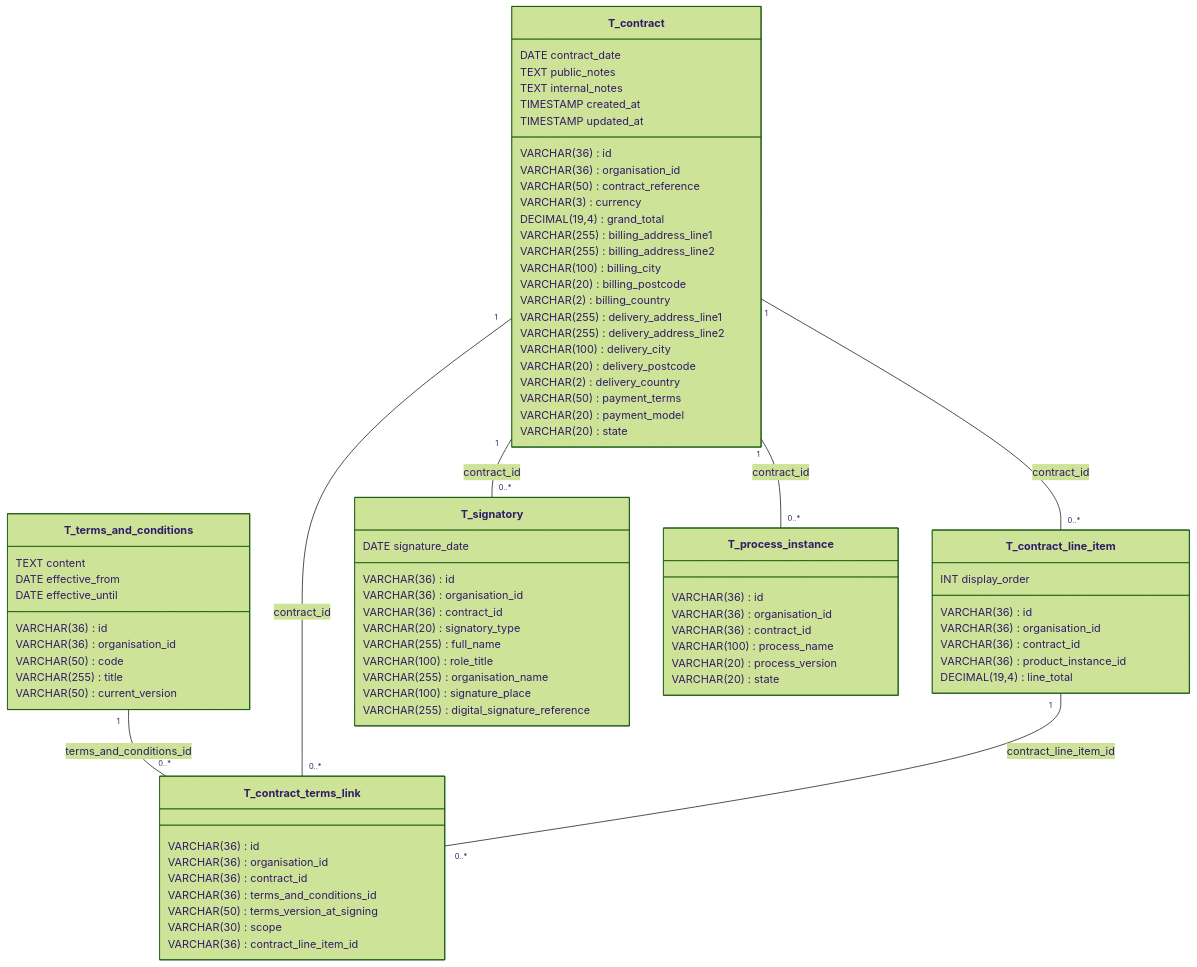
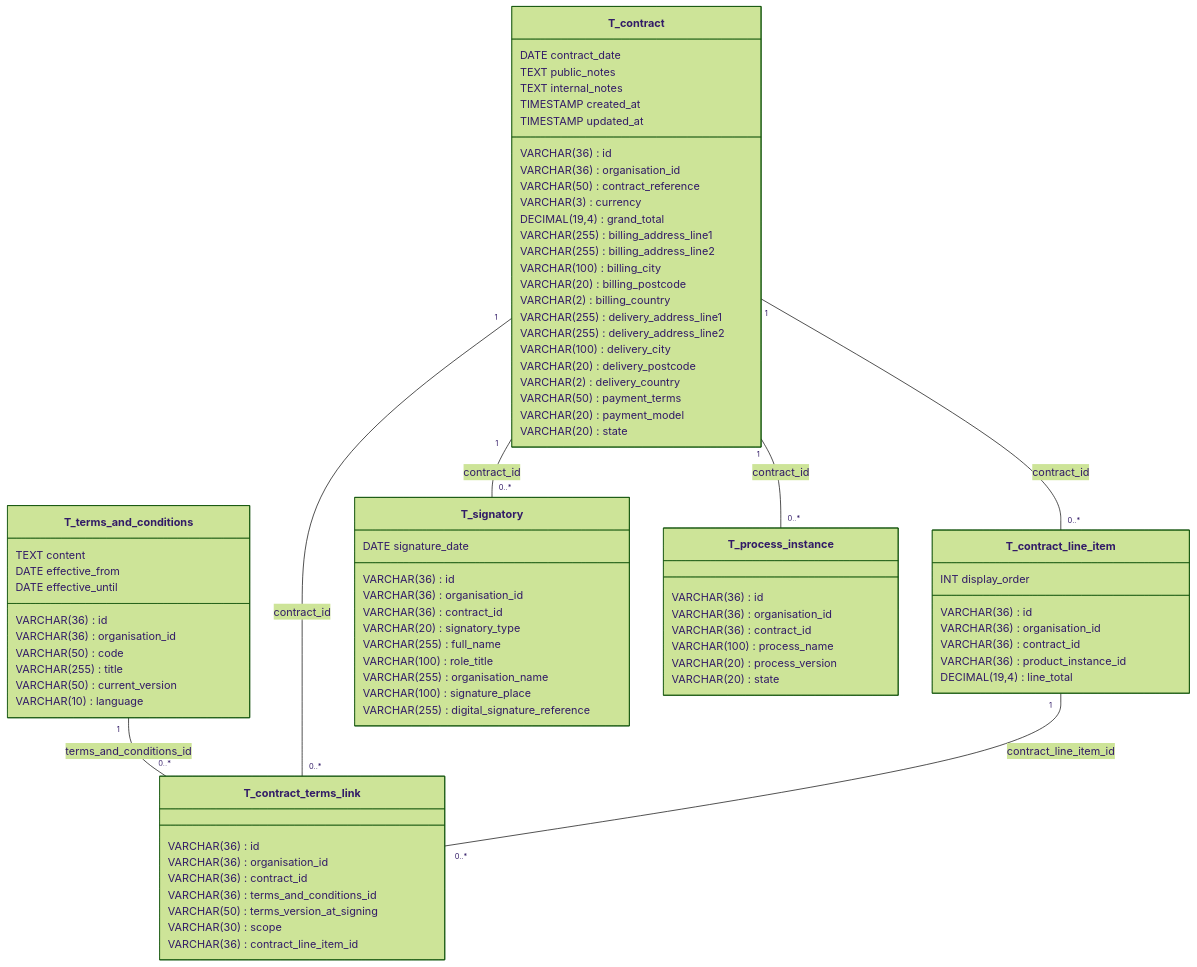
The diagram in docs/DATABASE_CONTRACTS_TERMS_CONDITIONS.md (abstratium-dev/abstrapact), drawn with Mermaid (forest theme) before and after one commit. The commit also changed other lines of this file and 52 other files, not shown here.

```diff
--- a/docs/DATABASE_CONTRACTS_TERMS_CONDITIONS.md
+++ b/docs/DATABASE_CONTRACTS_TERMS_CONDITIONS.md
@@ -22,6 +22,7 @@
         VARCHAR(50) current_version
         DATE effective_from
         DATE effective_until
+        VARCHAR(10) language
     }
 
     class T_contract {
```
